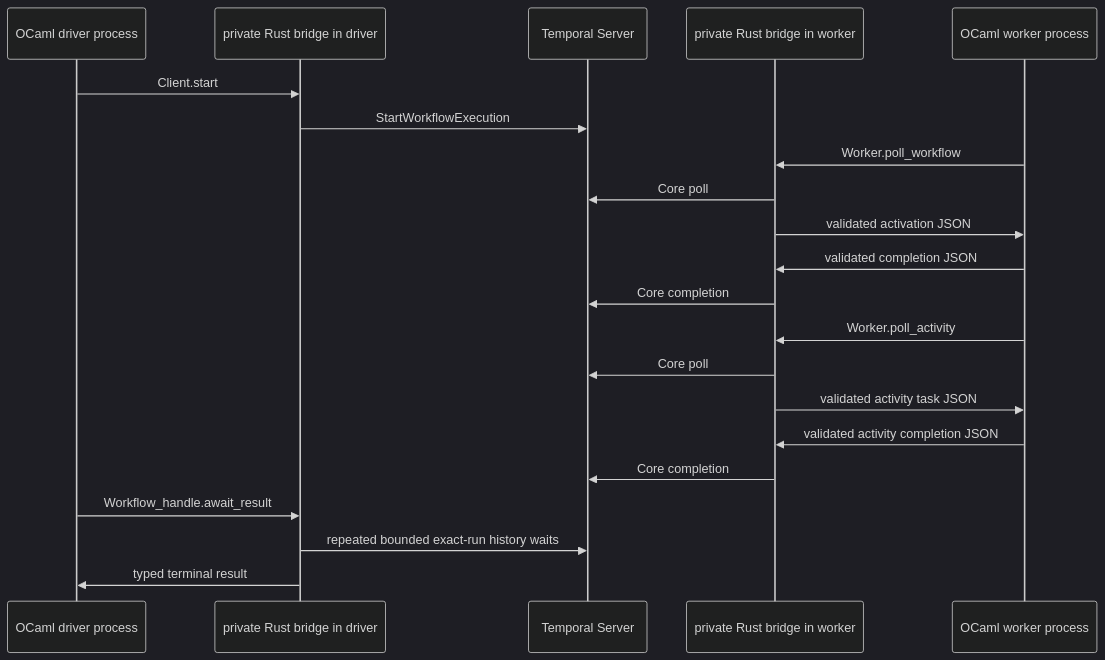
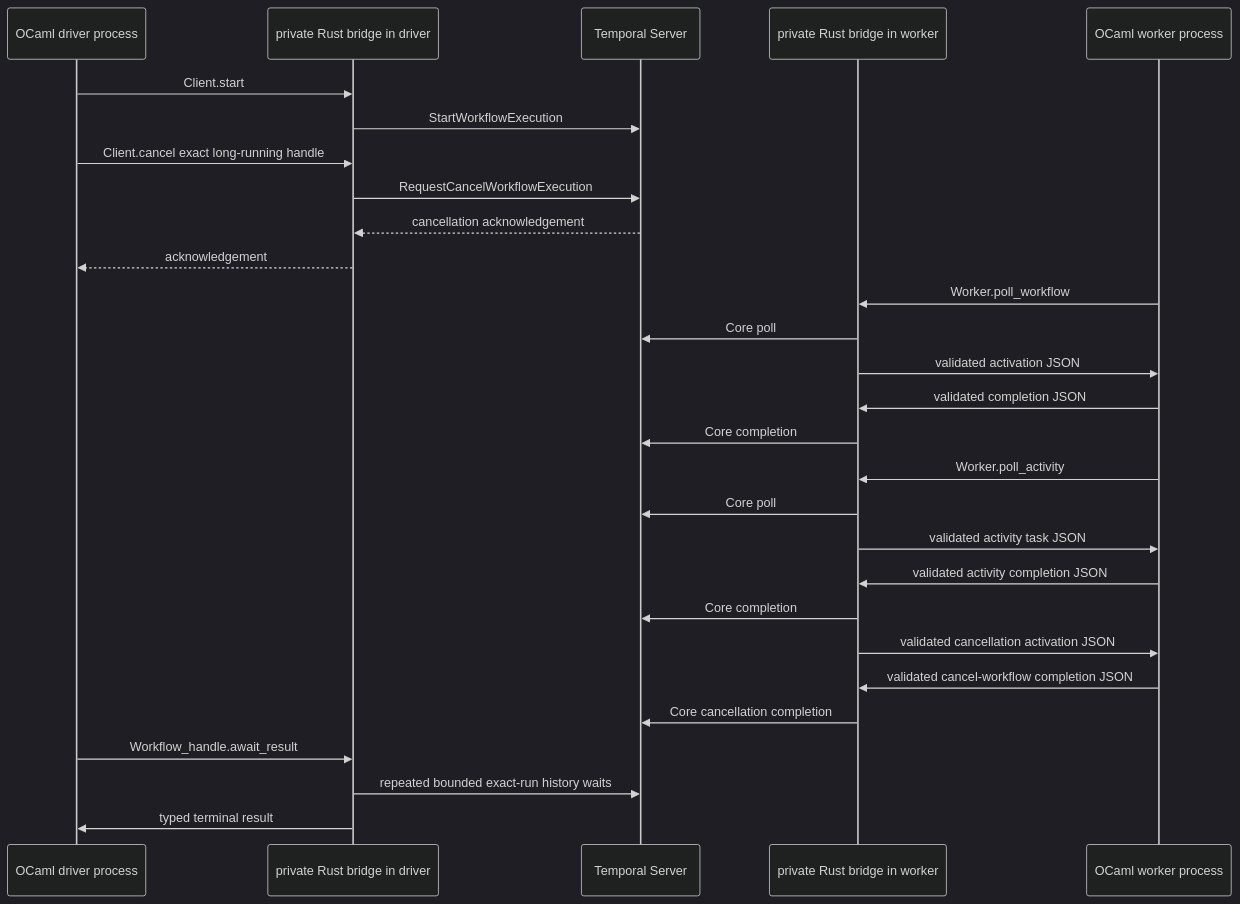
The diagram in docs/reference/two-ocaml-binary-e2e-acceptance.md (mfow/ocaml-temporal), drawn with Mermaid (dark theme) before and after one commit. The commit also changed other lines of this file and 10 other files, not shown here.

Commit message:
test: add live exact-run cancellation acceptance

````diff
--- a/docs/reference/two-ocaml-binary-e2e-acceptance.md
+++ b/docs/reference/two-ocaml-binary-e2e-acceptance.md
@@ -79,24 +85,31 @@
 ```mermaid
 sequenceDiagram
     participant D as OCaml driver process
     participant R1 as private Rust bridge in driver
     participant S as Temporal Server
     participant R2 as private Rust bridge in worker
     participant W as OCaml worker process
 
     D->>R1: Client.start
     R1->>S: StartWorkflowExecution
+    D->>R1: Client.cancel exact long-running handle
+    R1->>S: RequestCancelWorkflowExecution
+    S-->>R1: cancellation acknowledgement
+    R1-->>D: acknowledgement
     W->>R2: Worker.poll_workflow
     R2->>S: Core poll
     R2->>W: validated activation JSON
     W->>R2: validated completion JSON
     R2->>S: Core completion
     W->>R2: Worker.poll_activity
     R2->>S: Core poll
     R2->>W: validated activity task JSON
     W->>R2: validated activity completion JSON
     R2->>S: Core completion
+    R2->>W: validated cancellation activation JSON
+    W->>R2: validated cancel-workflow completion JSON
+    R2->>S: Core cancellation completion
     D->>R1: Workflow_handle.await_result
     R1->>S: repeated bounded exact-run history waits
     R1->>D: typed terminal result
 ```
````
